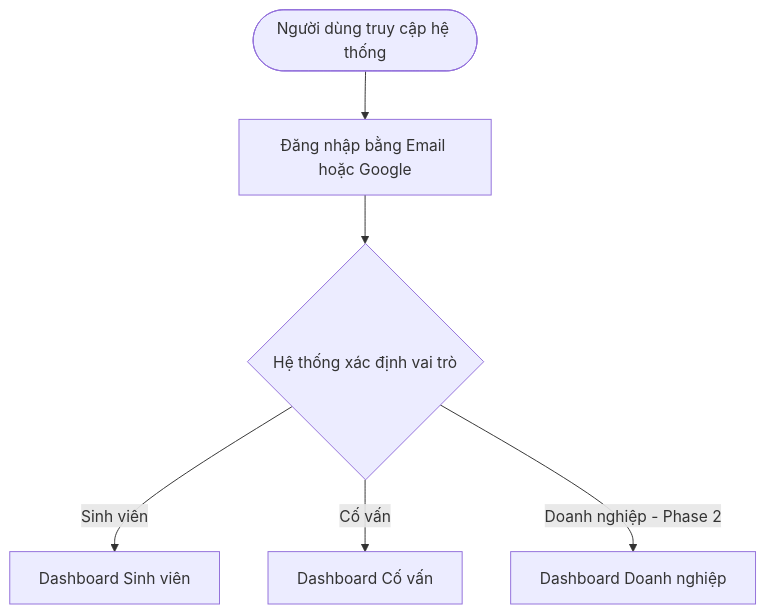
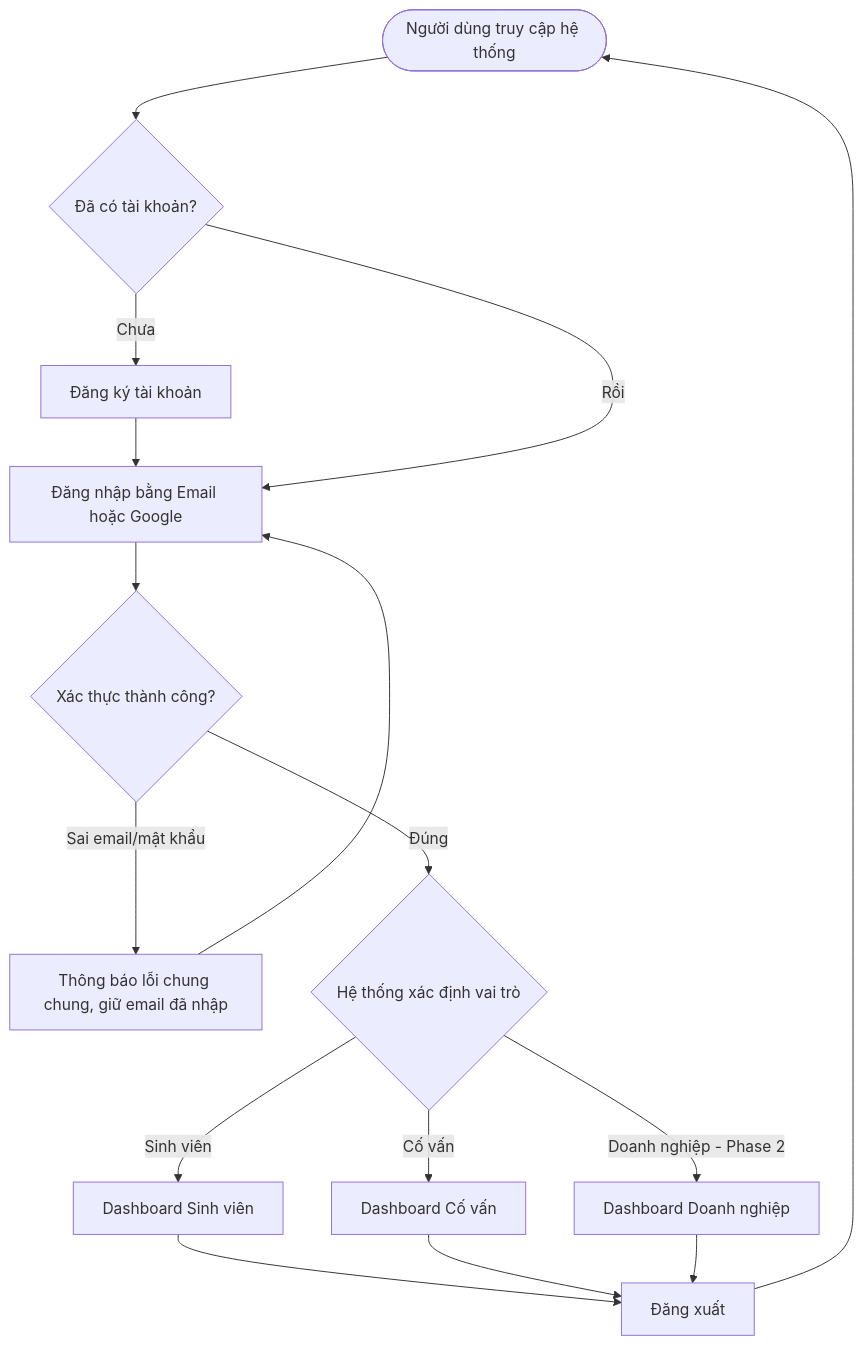
The first of 5 diagrams in docs/gate 1/PRD.md (truonghuu344/P041-Version-2.0), drawn with Mermaid before and after one commit. The commit also changed other lines of this file, not shown here.

````diff
--- a/docs/gate 1/PRD.md
+++ b/docs/gate 1/PRD.md
@@ -117,8 +117,18 @@
 ```mermaid
 flowchart TD
-    Start([Người dùng truy cập hệ thống]) --> SignIn[Đăng nhập bằng Email hoặc Google]
-    SignIn --> Role{Hệ thống xác định vai trò}
+    Start([Người dùng truy cập hệ thống]) --> HasAccount{Đã có tài khoản?}
+    HasAccount -->|Chưa| SignUp[Đăng ký tài khoản]
+    SignUp --> SignIn[Đăng nhập bằng Email hoặc Google]
+    HasAccount -->|Rồi| SignIn
+    SignIn --> AuthCheck{Xác thực thành công?}
+    AuthCheck -->|Sai email/mật khẩu| SignInError[Thông báo lỗi chung chung, giữ email đã nhập]
+    SignInError --> SignIn
+    AuthCheck -->|Đúng| Role{Hệ thống xác định vai trò}
     Role -->|Sinh viên| StudentHome[Dashboard Sinh viên]
     Role -->|Cố vấn| CounselorHome[Dashboard Cố vấn]
     Role -->|Doanh nghiệp - Phase 2| EnterpriseHome[Dashboard Doanh nghiệp]
+    StudentHome --> SignOut[Đăng xuất]
+    CounselorHome --> SignOut
+    EnterpriseHome --> SignOut
+    SignOut --> Start
 ```
````
